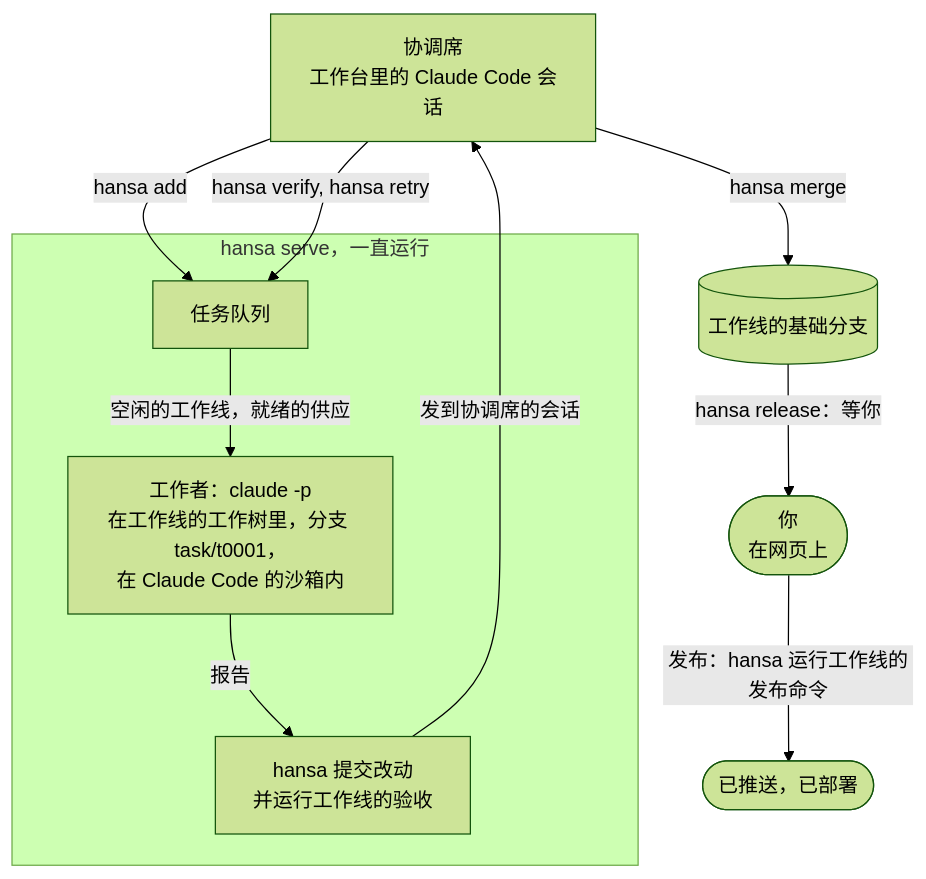
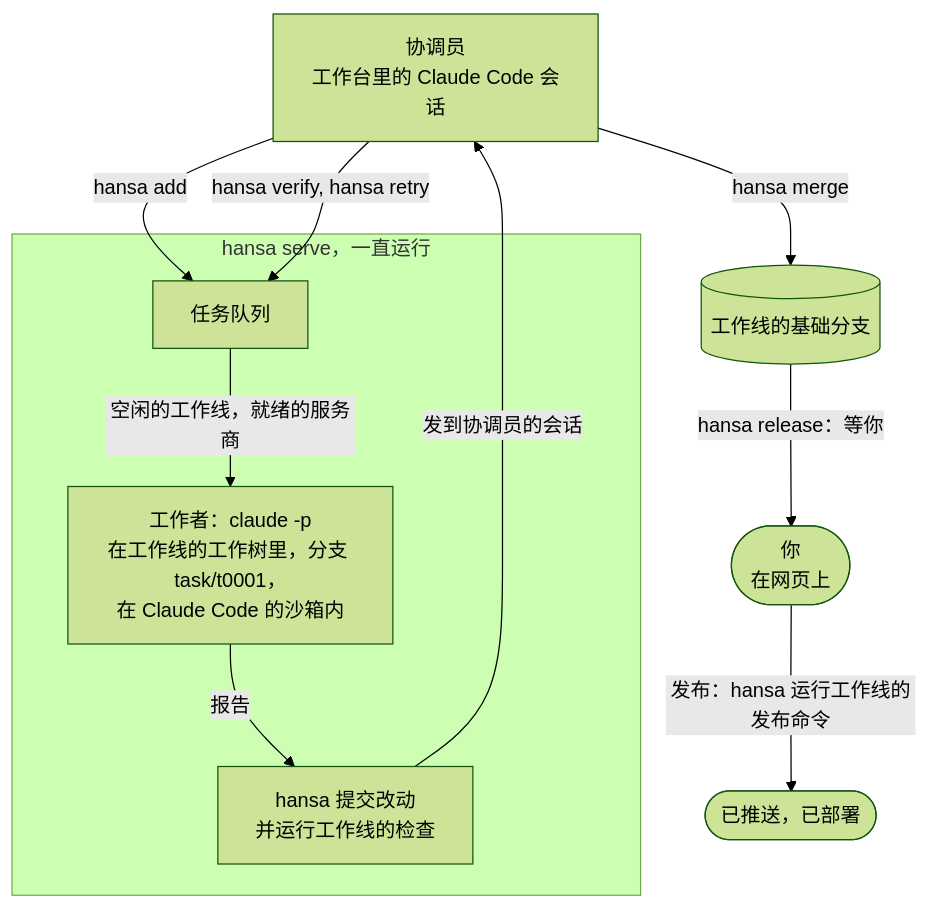
Before and after one commit to FrostNovaOrg/Hansa: the diagram in README.zh-CN.md, drawn with Mermaid (forest theme). The commit also changed other lines of this file and 8 other files, not shown here.

````diff
--- a/README.zh-CN.md
+++ b/README.zh-CN.md
@@ -45,21 +45,21 @@
 ```mermaid
 flowchart TB
     P(["你<br/>在网页上"])
-    C["协调席<br/>工作台里的 Claude Code 会话"]
+    C["协调员<br/>工作台里的 Claude Code 会话"]
     subgraph S["hansa serve，一直运行"]
         Q["任务队列"]
         W["工作者：claude -p<br/>在工作线的工作树里，分支 task/t0001，<br/>在 Claude Code 的沙箱内"]
-        K["hansa 提交改动<br/>并运行工作线的验收"]
+        K["hansa 提交改动<br/>并运行工作线的检查"]
     end
     B[("工作线的基础分支")]
     O(["已推送，已部署"])
 
     C -- "hansa add" --> Q
-    Q -- "空闲的工作线，就绪的供应" --> W
+    Q -- "空闲的工作线，就绪的服务商" --> W
     W -- "报告" --> K
-    K -- "发到协调席的会话" --> C
+    K -- "发到协调员的会话" --> C
     C -- "hansa verify, hansa retry" --> Q
     C -- "hansa merge" --> B
     B -- "hansa release：等你" --> P
     P -- "发布：hansa 运行工作线的发布命令" --> O
 ```
````
